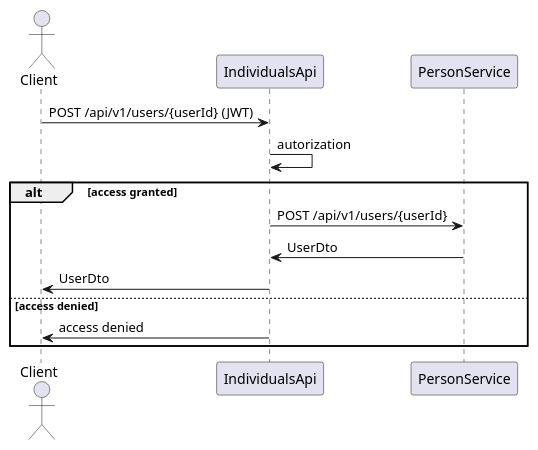
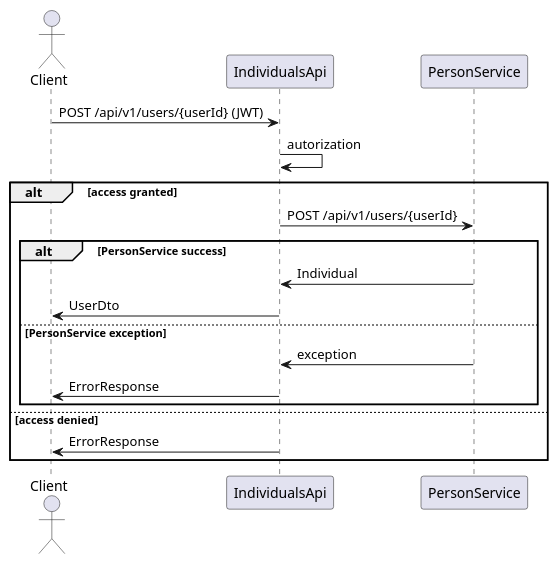
One commit to diamam90/payment-system changed the diagram in diagram/update-user.puml. Above: the diagram before and after it, drawn with PlantUML. The commit also changed 7 other files, not shown here.

Commit message:
добавлены диаграммы для person-service

```diff
--- a/diagram/update-user.puml
+++ b/diagram/update-user.puml
@@ -1,15 +1,22 @@
 @startuml
 actor Client
 participant IndividualsApi
 participant PersonService
 
 Client -> IndividualsApi: POST /api/v1/users/{userId} (JWT)
 IndividualsApi -> IndividualsApi: autorization
 alt access granted
-IndividualsApi-> PersonService: POST /api/v1/users/{userId}
-PersonService -> IndividualsApi: UserDto
-IndividualsApi -> Client: UserDto
+    IndividualsApi-> PersonService: POST /api/v1/users/{userId}
+
+    alt PersonService success
+        PersonService -> IndividualsApi: Individual
+        IndividualsApi -> Client: UserDto
+    else PersonService exception
+        PersonService -> IndividualsApi: exception
+        IndividualsApi -> Client: ErrorResponse
+    end
+
 else access denied
-IndividualsApi -> Client: access denied
+    IndividualsApi -> Client: ErrorResponse
 end
 @enduml
```
